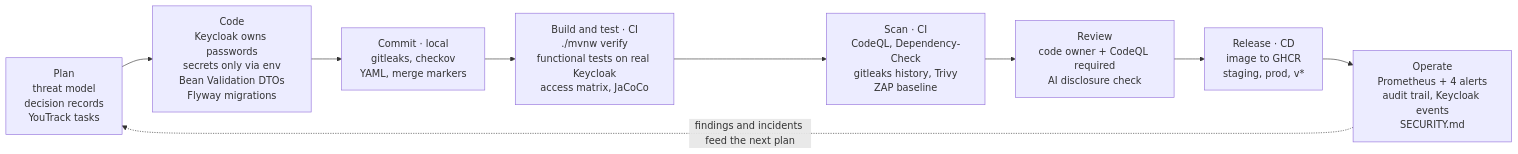
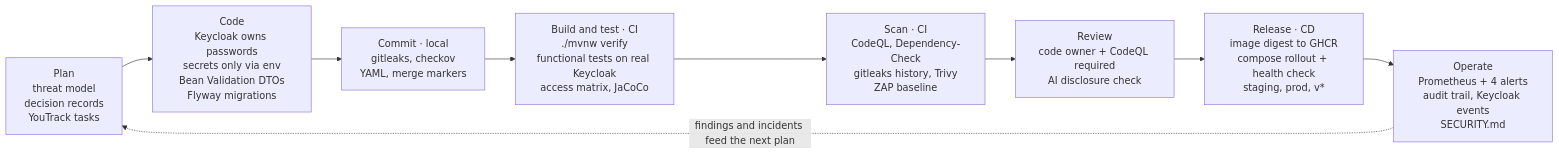
One commit to assali-mohamed-ali/api-MedLink changed the fourth of 5 diagrams in docs/ARCHITECTURE.md. Above: the diagram before and after it, drawn with Mermaid. The commit also changed other lines of this file and 6 other files, not shown here.

````diff
--- a/docs/ARCHITECTURE.md
+++ b/docs/ARCHITECTURE.md
@@ -213,13 +213,13 @@
 ```mermaid
 flowchart LR
   PLAN["Plan<br/>threat model<br/>decision records<br/>YouTrack tasks"]
   CODE["Code<br/>Keycloak owns passwords<br/>secrets only via env<br/>Bean Validation DTOs<br/>Flyway migrations"]
   COMMIT["Commit · local<br/>gitleaks, checkov<br/>YAML, merge markers"]
   BUILD["Build and test · CI<br/>./mvnw verify<br/>functional tests on real Keycloak<br/>access matrix, JaCoCo"]
   SCAN["Scan · CI<br/>CodeQL, Dependency-Check<br/>gitleaks history, Trivy<br/>ZAP baseline"]
   REVIEW["Review<br/>code owner + CodeQL required<br/>AI disclosure check"]
-  REL["Release · CD<br/>image to GHCR<br/>staging, prod, v*"]
+  REL["Release · CD<br/>image digest to GHCR<br/>compose rollout + health check<br/>staging, prod, v*"]
   OPS["Operate<br/>Prometheus + 4 alerts<br/>audit trail, Keycloak events<br/>SECURITY.md"]
   PLAN --> CODE --> COMMIT --> BUILD --> SCAN --> REVIEW --> REL --> OPS
   OPS -. "findings and incidents feed the next plan" .-> PLAN
 ```
````
